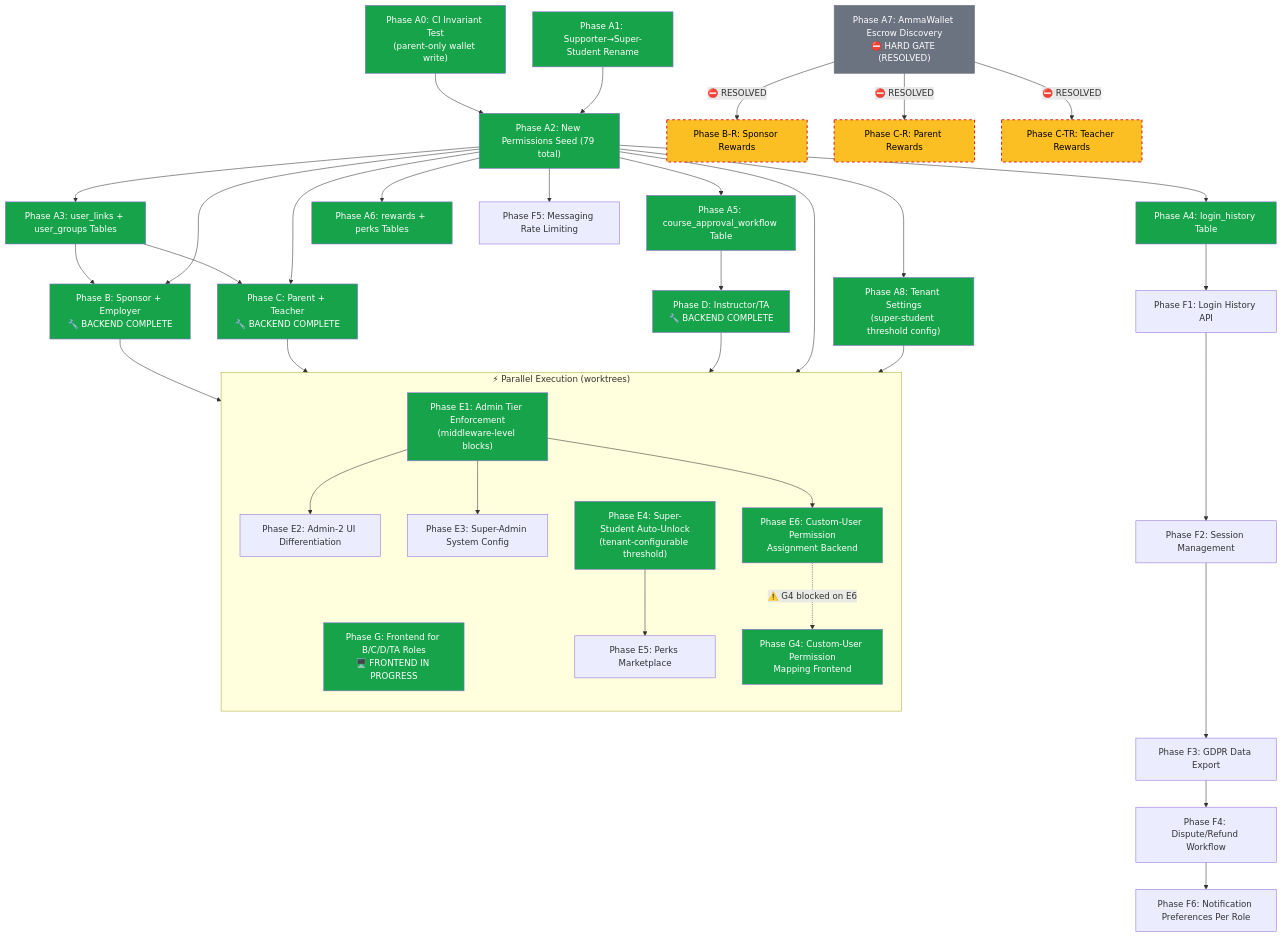
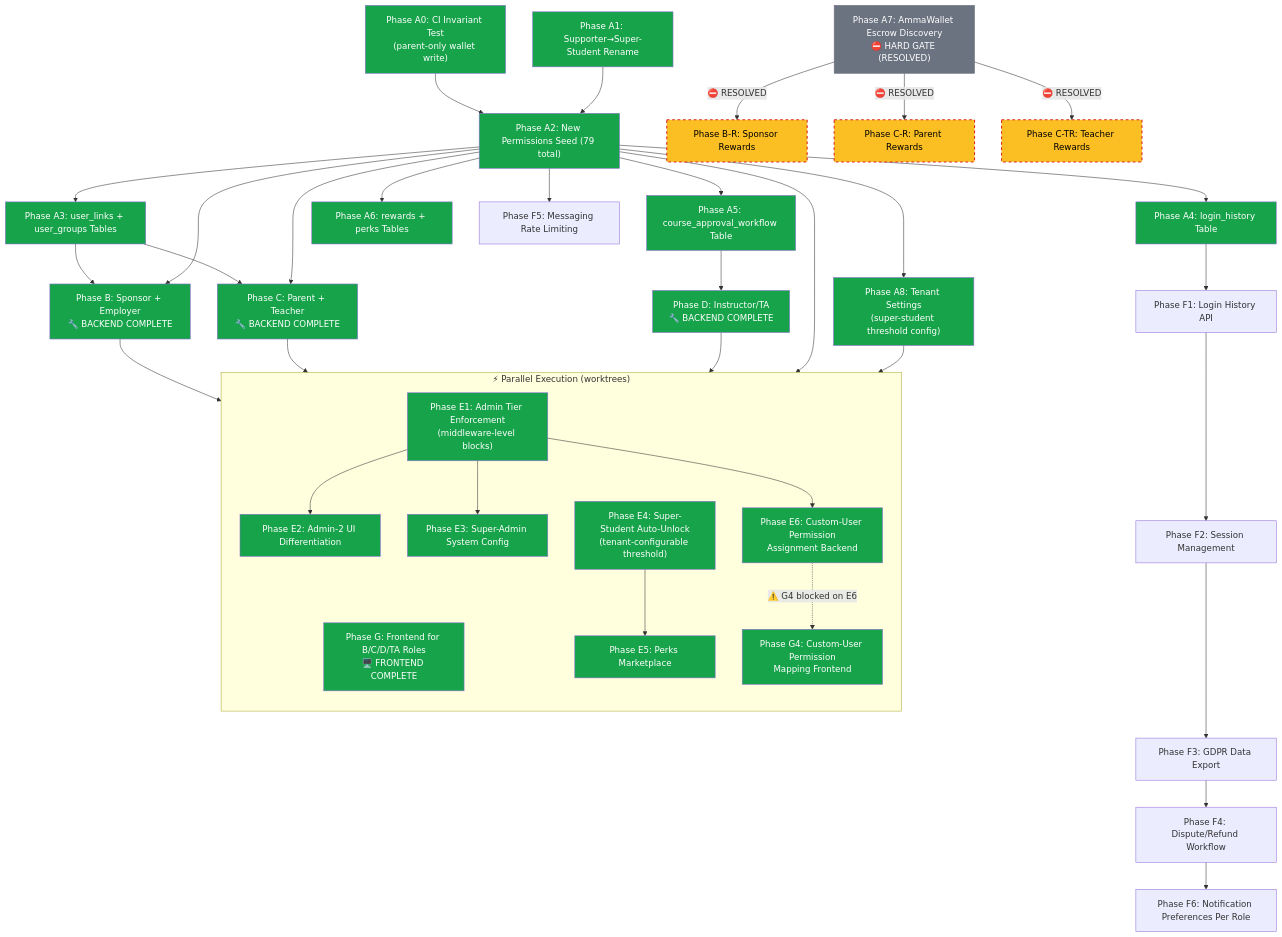
One commit to SM-Web-Systems/lms-crypto-production changed the diagram in docs/superpowers/diagrams/phase-dependency.md. Above: the diagram before and after it, drawn with Mermaid. The commit also changed 5 other files, not shown here.

Commit message:
docs: fix Phase G diagram label to COMPLETE, add E2/E3/E5 green styling, add planning docs

```diff
--- a/docs/superpowers/diagrams/phase-dependency.md
+++ b/docs/superpowers/diagrams/phase-dependency.md
@@ -21,7 +21,7 @@
 
     subgraph PARALLEL["⚡ Parallel Execution (worktrees)"]
         direction TB
-        G_FE["Phase G: Frontend for B/C/D/TA Roles<br/>🖥️ FRONTEND IN PROGRESS"]
+        G_FE["Phase G: Frontend for B/C/D/TA Roles<br/>🖥️ FRONTEND COMPLETE"]
 
         E1["Phase E1: Admin Tier Enforcement<br/>(middleware-level blocks)"]
         E2["Phase E2: Admin-2 UI Differentiation"]
@@ -107,7 +107,10 @@
     style E6 fill:#16a34a,color:#fff
     style G4 fill:#16a34a,color:#fff
     style E1 fill:#16a34a,color:#fff
+    style E2 fill:#16a34a,color:#fff
+    style E3 fill:#16a34a,color:#fff
     style E4 fill:#16a34a,color:#fff
+    style E5 fill:#16a34a,color:#fff
 
     %% Resolved gate
     style A7 fill:#6b7280,color:#fff,stroke:#6b7280
```
